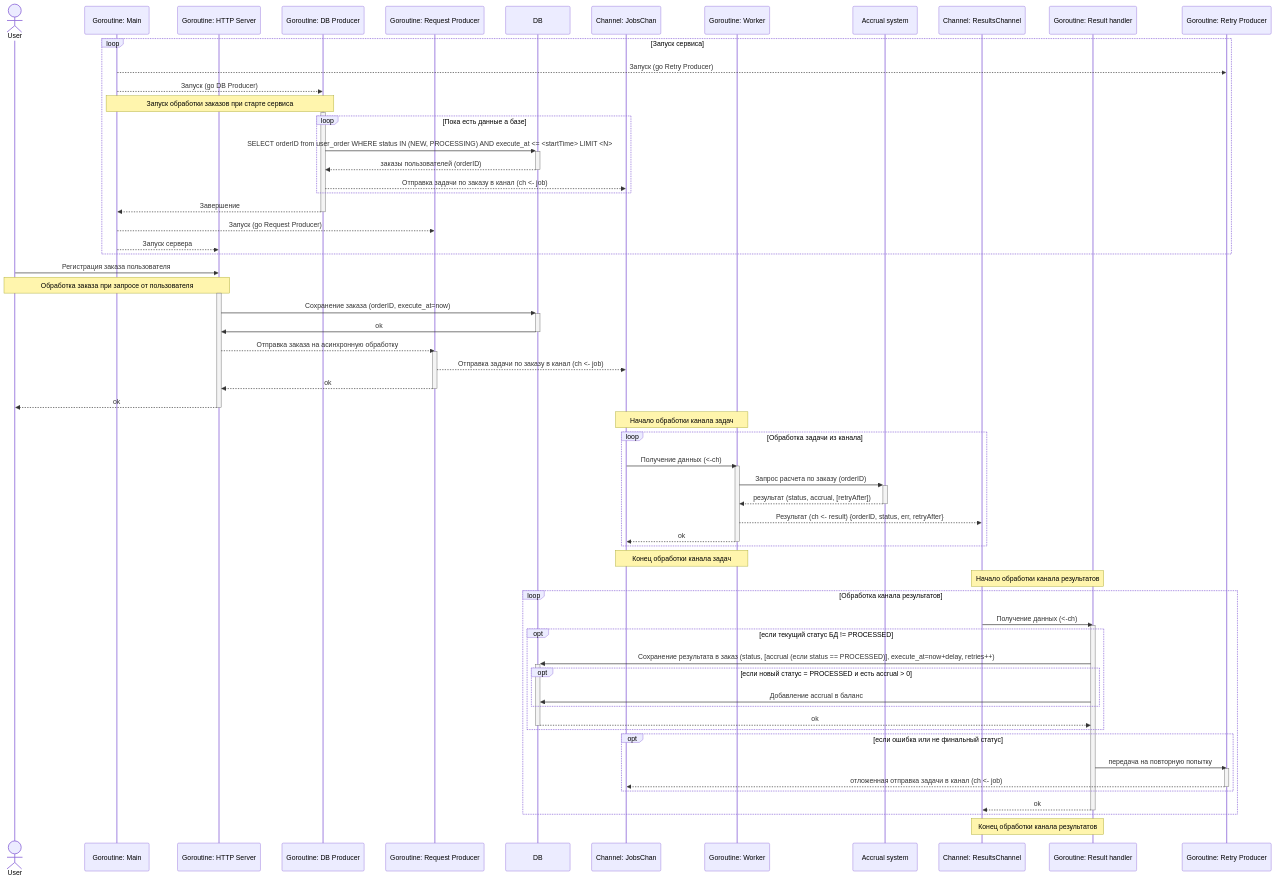
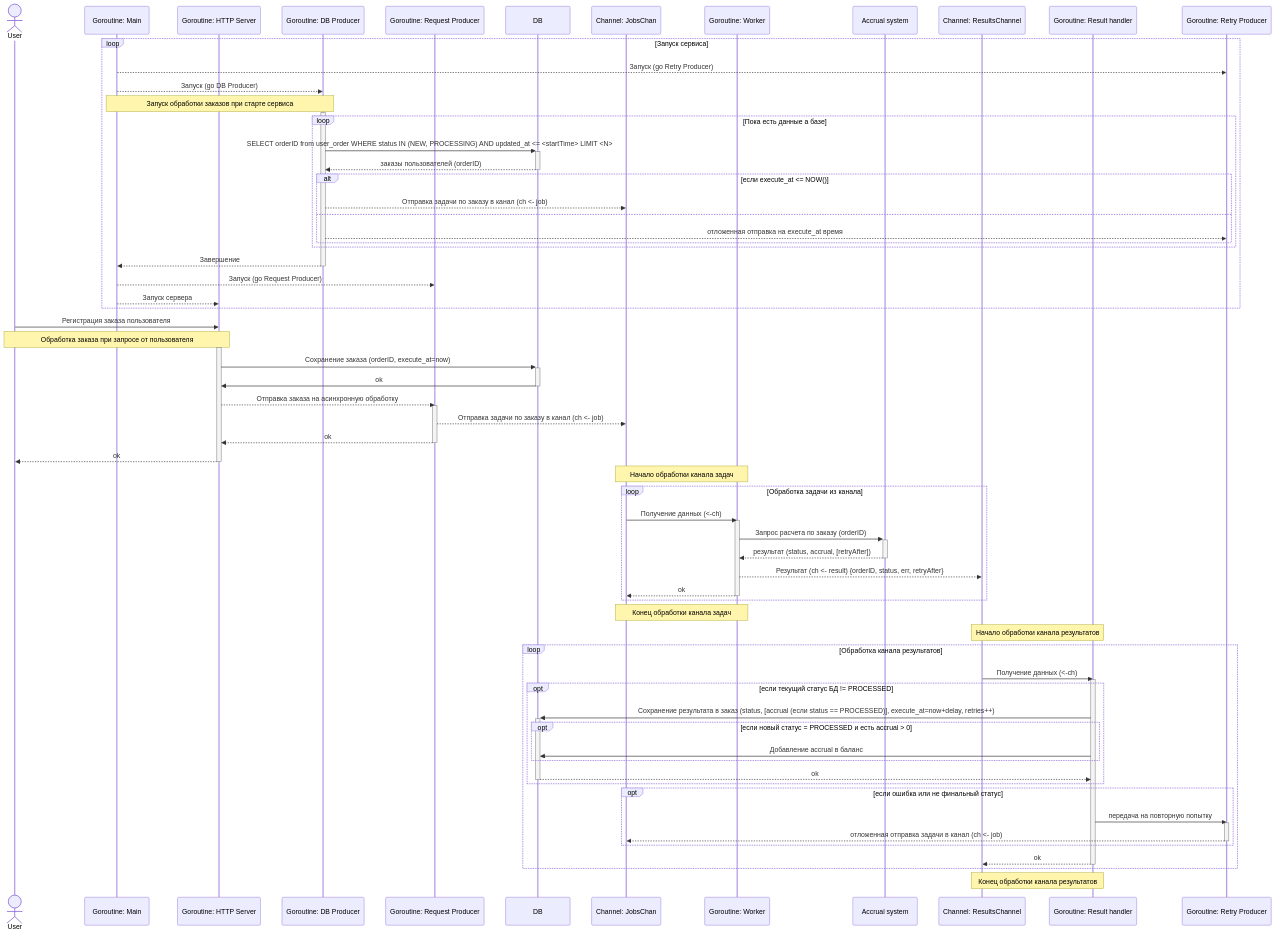
One commit to liebeSonne/gophermart changed the diagram in docs/AsyncSequence.mmd. Above: the diagram before and after it, drawn with Mermaid. The commit also changed 10 other files, not shown here.

```diff
--- a/docs/AsyncSequence.mmd
+++ b/docs/AsyncSequence.mmd
@@ -1,78 +1,82 @@
 sequenceDiagram
     actor User as User
     participant Main as Goroutine: Main
     participant Server as Goroutine: HTTP Server
     participant PDB as Goroutine: DB Producer
     participant PRequest as Goroutine: Request Producer
     participant DB as DB
     participant JobsCh as Channel: JobsChan
     participant Worker as Goroutine: Worker
     participant Accrual as Accrual system
     participant ResultCh as Channel: ResultsChannel
     participant ResultHandler as Goroutine: Result handler
     participant PRetry as Goroutine: Retry Producer
 
     loop Запуск сервиса
         Main-->>PRetry: Запуск (go Retry Producer)
         Main-->>PDB: Запуск (go DB Producer)
         Note over Main,PDB: Запуск обработки заказов при старте сервиса
         activate PDB
             loop Пока есть данные а базе
-                %% Выборка заказов, с лимитом на один запрос, в не завершенном статусе с execute_at меньше даты старта
-                PDB->>+DB: SELECT orderID from user_order WHERE status IN (NEW, PROCESSING) AND execute_at <= <startTime> LIMIT <N>
+                %% Выборка заказов, с лимитом на один запрос, в не завершенном статусе с updated_at меньше даты старта (те которые были обновлены до старта сервиса)
+                PDB->>+DB: SELECT orderID from user_order WHERE status IN (NEW, PROCESSING) AND updated_at <= <startTime> LIMIT <N>
                 DB-->>-PDB: заказы пользователей (orderID)
-                PDB-->>JobsCh: Отправка задачи по заказу в канал (ch <- job)
+                alt если execute_at <= NOW()
+                    PDB-->>JobsCh: Отправка задачи по заказу в канал (ch <- job)
+                else
+                    PDB-->>PRetry: отложенная отправка на execute_at время
+                end
             end
         PDB-->>Main: Завершение
         deactivate PDB
         Main-->>PRequest: Запуск (go Request Producer)
         Main-->>Server: Запуск сервера
     end
 
     User->>Server: Регистрация заказа пользователя
     Note over User,Server: Обработка заказа при запросе от пользователя
     activate Server
         Server->>+DB: Сохранение заказа (orderID, execute_at=now)
         DB->>-Server: ok
         Server-->>PRequest: Отправка заказа на асинхронную обработку
         activate PRequest
             PRequest-->>JobsCh: Отправка задачи по заказу в канал (ch <- job)
             PRequest-->>Server: ok
         deactivate PRequest
         Server-->>User: ok
     deactivate Server
 
 
     Note over JobsCh, Worker: Начало обработки канала задач
     loop Обработка задачи из канала
         JobsCh->>Worker: Получение данных (<-ch)
         activate Worker
             Worker->>+Accrual: Запрос расчета по заказу (orderID)
             Accrual-->>-Worker: результат (status, accrual, [retryAfter])
             Worker-->>ResultCh: Результат (ch <- result) {orderID, status, err, retryAfter}
             Worker-->>JobsCh: ok
         deactivate Worker
     end
     Note over JobsCh, Worker: Конец обработки канала задач
 
     Note over ResultCh, ResultHandler: Начало обработки канала результатов
     loop Обработка канала результатов
         ResultCh->>ResultHandler: Получение данных (<-ch)
         activate ResultHandler
             opt если текущий статус БД != PROCESSED
                 ResultHandler->>+DB: Сохранение результата в заказ (status, [accrual (если status == PROCESSED)], execute_at=now+delay, retries++)
                 opt если новый статус = PROCESSED и есть accrual > 0
                     ResultHandler->>DB: Добавление accrual в баланс
                 end
                 DB-->>-ResultHandler: ok
             end
             opt если ошибка или не финальный статус
                 ResultHandler->>PRetry: передача на повторную попытку
                 activate PRetry
                 PRetry-->>JobsCh: отложенная отправка задачи в канал (ch <- job)
                 deactivate PRetry
             end
         ResultHandler-->>ResultCh: ok
         deactivate ResultHandler
     end
     Note over ResultCh, ResultHandler: Конец обработки канала результатов
```
